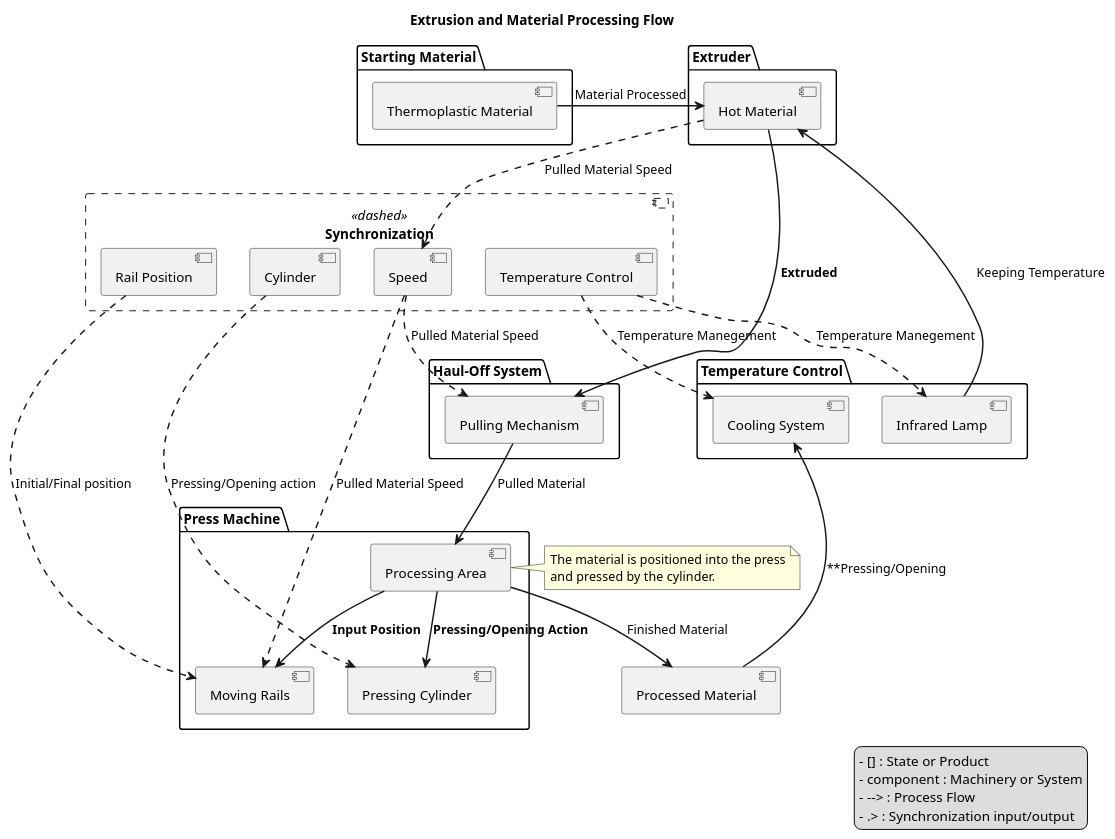
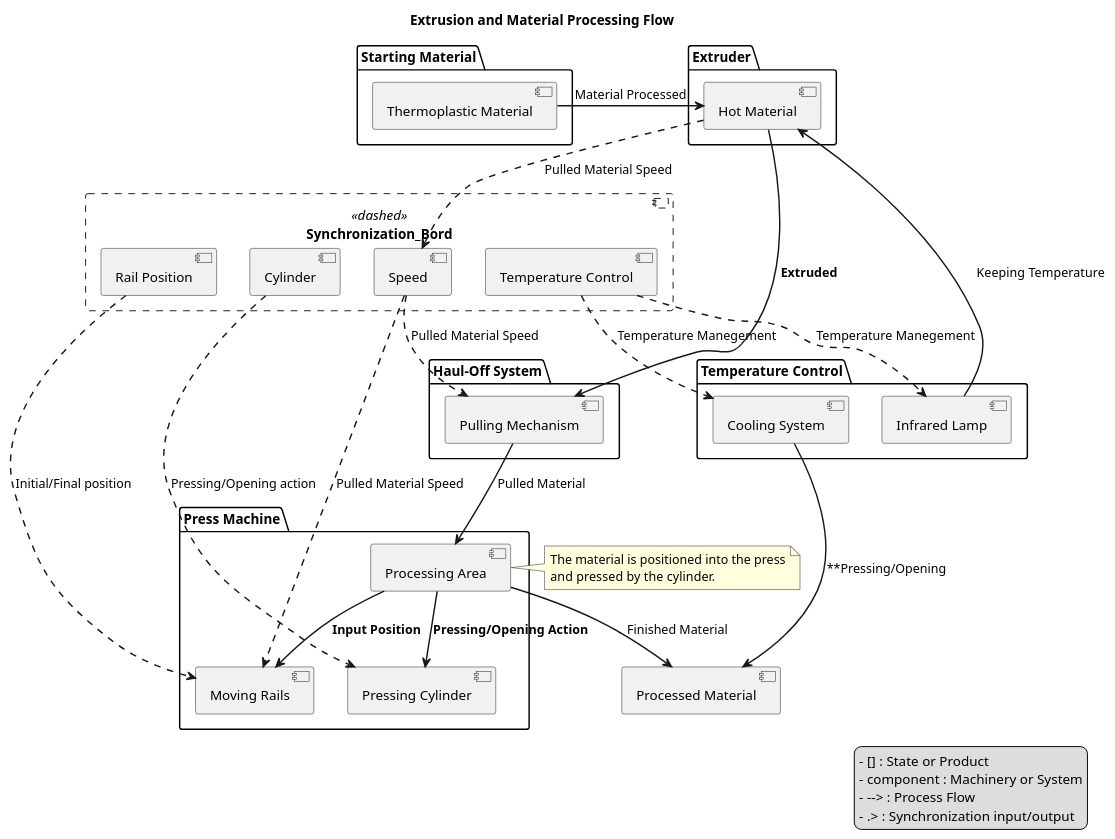
Before and after one commit to MicheleBossini/PRESENTATION-project-industrial-automation: the diagram in mdbook/src/chapter_50.md, drawn with PlantUML. The commit also changed other lines of this file and 4 other files, not shown here.

Commit message:
ccm2 drawing and diagram changes

````diff
--- a/mdbook/src/chapter_50.md
+++ b/mdbook/src/chapter_50.md
@@ -5,80 +2,80 @@
 ```plantuml
 @startuml ExtrusionProcess
 ' Title of the diagram
 title Extrusion and Material Processing Flow
 skinparam ArrowThickness 1.5
 
 skinparam component<<dashed>> {
     BorderStyle dashed
 }
 skinparam component<<Solid>> {
     BorderStyle LineThickness 6
 }
 package StartingMaterial as "Starting Material" {
   [Thermoplastic Material]
 }
 ' Definitions of the main components
 package Extruder {
   [Hot Material]
 }
 package HaulOff as "Haul-Off System" {
   [Pulling Mechanism]
 }
 package Press as "Press Machine"{
   [Pressing Cylinder]
   [Moving Rails]
   [Processing Area]
 
 }
 
-    component Synchronization <<dashed>>{
+    component Synchronization_Bord <<dashed>>{
     [Speed]
     [Rail Position]
     [Cylinder]
     [Temperature Control]
 
 }
     package Temperature_Control as "Temperature Control"{
     [Infrared Lamp]
     [Cooling System]
 }
 
 ' Material flow and actions
 [Thermoplastic Material] -> [Hot Material] : Material Processed
 [Hot Material] --> [Pulling Mechanism] : **Extruded**
 [Infrared Lamp] -up-> [Hot Material] : Keeping Temperature
 
 
 
 ' Movement and Processing of the Material
 [Pulling Mechanism] --> [Processing Area] : Pulled Material
 
 ' Description of movements in the Press
 [Processing Area] -down-> [Moving Rails] : **Input Position**
 [Processing Area] -down-> [Pressing Cylinder] : **Pressing/Opening Action**
 
 [Processing Area] --> [Processed Material] : Finished Material
 note right of [Processing Area]
     The material is positioned into the press
     and pressed by the cylinder.
 end note
 
 ' Legend
 legend right
   - [] : State or Product
   - component : Machinery or System
   - --> : Process Flow
   - .> : Synchronization input/output
 end legend
-[Processed Material] -up-> [Cooling System] : **Pressing/Opening 
+[Processed Material] <-up- [Cooling System] : **Pressing/Opening 
 
 'Synchronization of the whole process
 [Speed] ..> [Pulling Mechanism] : Pulled Material Speed
 [Hot Material] ..> [Speed] : Pulled Material Speed
 [Speed] ..> [Moving Rails] : Pulled Material Speed
 [Rail Position] ..> [Moving Rails] : Initial/Final position
 [Cylinder] ..> [Pressing Cylinder] : Pressing/Opening action
 [Temperature Control] ..> [Infrared Lamp] : Temperature Manegement
 [Temperature Control] ..> [Cooling System] : Temperature Manegement
 @enduml
 ```
````
